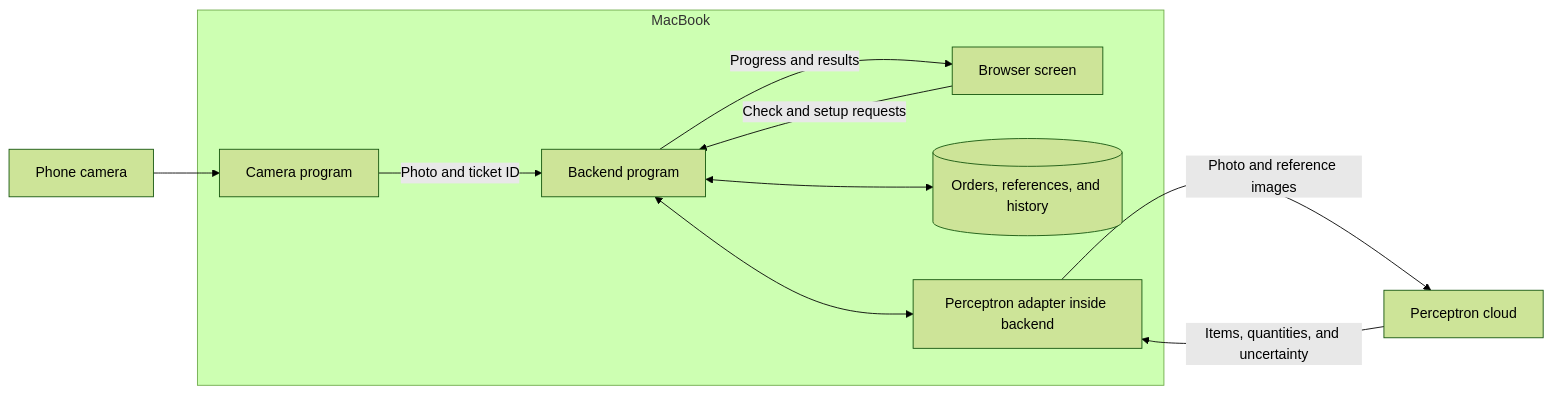
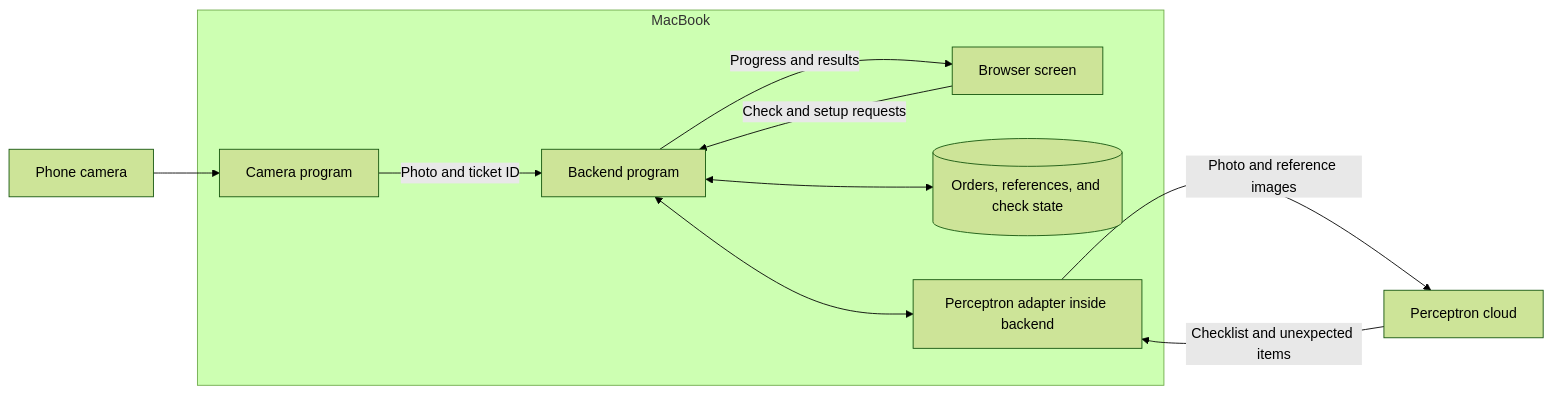
The first of 2 diagrams in docs/system-design.md (rivak7/FullFill), drawn with Mermaid (forest theme) before and after one commit. The commit also changed other lines of this file, not shown here.

````diff
--- a/docs/system-design.md
+++ b/docs/system-design.md
@@ -41,13 +43,13 @@
 ```mermaid
 flowchart LR
     Phone[Phone camera] --> Camera
     subgraph Mac[MacBook]
         Camera[Camera program] -->|Photo and ticket ID| Backend[Backend program]
         Screen[Browser screen] -->|Check and setup requests| Backend
         Backend -->|Progress and results| Screen
-        Backend <--> Storage[(Orders, references, and history)]
+        Backend <--> Storage[(Orders, references, and check state)]
         Backend <--> Adapter[Perceptron adapter inside backend]
     end
     Adapter -->|Photo and reference images| Perceptron[Perceptron cloud]
-    Perceptron -->|Items, quantities, and uncertainty| Adapter
+    Perceptron -->|Checklist and unexpected items| Adapter
 ```
````
